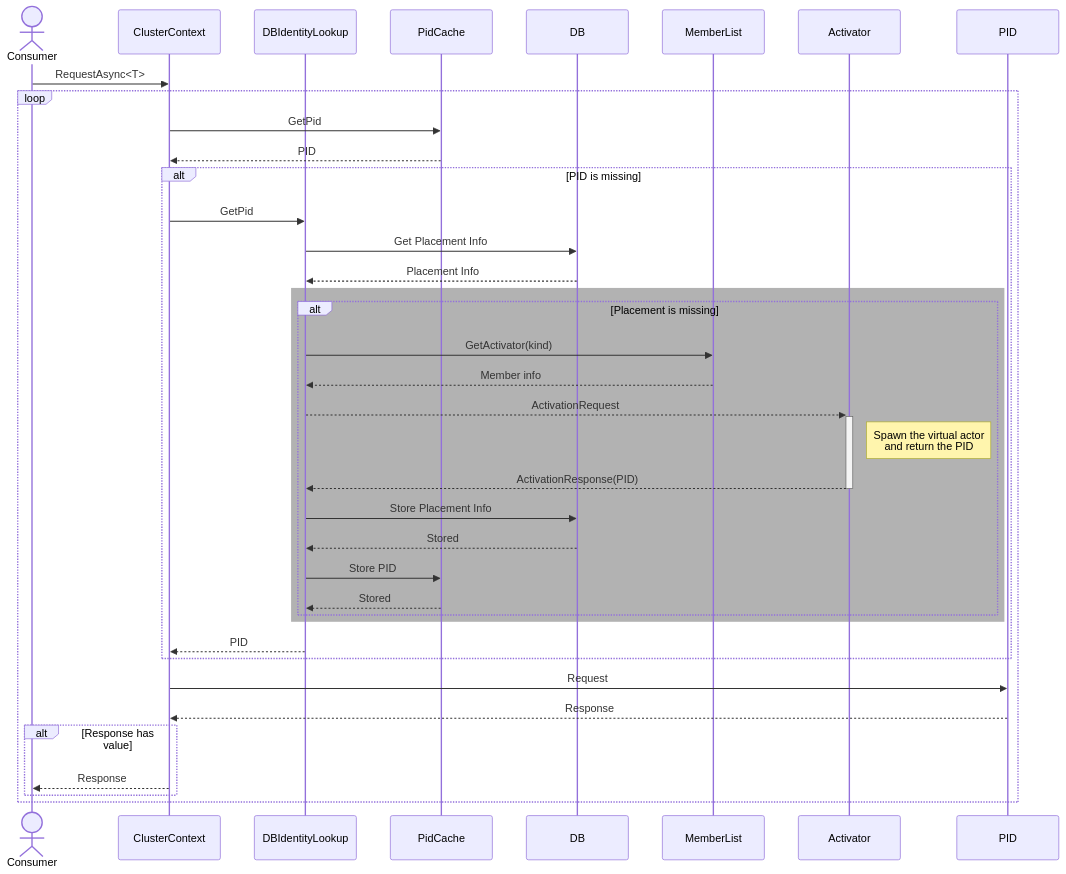
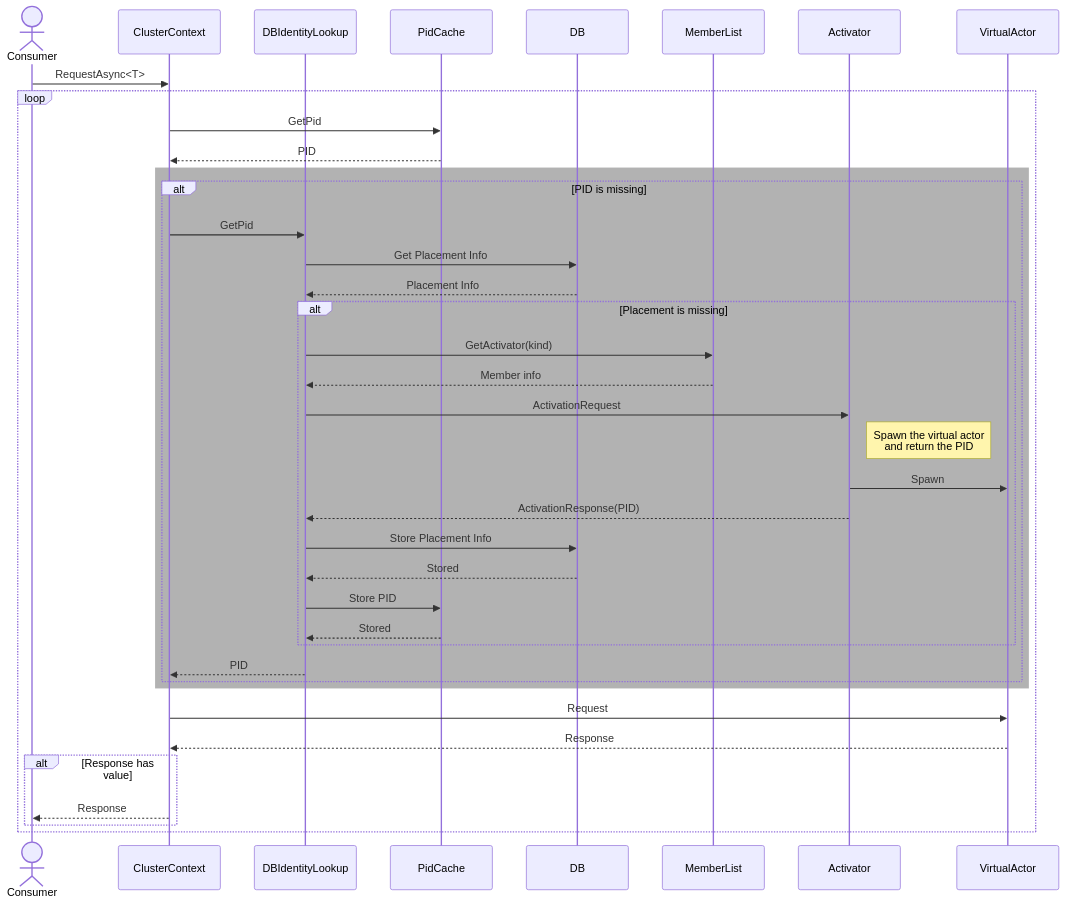
Before and after one commit to asynkron/protoactor-website: the diagram in hugo/content/docs/cluster/db-identity-lookup.md, drawn with Mermaid.

````diff
--- a/hugo/content/docs/cluster/db-identity-lookup.md
+++ b/hugo/content/docs/cluster/db-identity-lookup.md
@@ -14,41 +14,45 @@
 ```mermaid
 sequenceDiagram
 
     actor Consumer
     participant ClusterContext
     participant DBIdentityLookup
     participant PidCache
     participant DB
     participant MemberList
     participant Activator
+    participant VirtualActor
 
     Consumer->>ClusterContext: RequestAsync<T>
     loop
         ClusterContext->>PidCache: GetPid
         PidCache-->>ClusterContext: PID
-        alt PID is missing
-            ClusterContext->>DBIdentityLookup: GetPid
-            DBIdentityLookup->>DB: Get Placement Info
-            DB-->>DBIdentityLookup: Placement Info
-            rect rgba(0, 0, 0, 0.3)
-                alt Placement is missing
-                    DBIdentityLookup->>MemberList: GetActivator(kind)
-                    MemberList-->>DBIdentityLookup: Member info
-                    DBIdentityLookup-->>+Activator: ActivationRequest
-                    note right of Activator: Spawn the virtual actor<br>and return the PID
-                    Activator-->>-DBIdentityLookup: ActivationResponse(PID)
-                    DBIdentityLookup->>DB: Store Placement Info
-                    DB-->>DBIdentityLookup:Stored
-                    DBIdentityLookup->>PidCache: Store PID
-                    PidCache-->>DBIdentityLookup: Stored
-                end
+        rect rgba(0, 0, 0, 0.3)
+            alt PID is missing
+                ClusterContext->>DBIdentityLookup: GetPid
+                DBIdentityLookup->>DB: Get Placement Info
+                DB-->>DBIdentityLookup: Placement Info
+
+                    alt Placement is missing
+                        DBIdentityLookup->>MemberList: GetActivator(kind)
+                        MemberList-->>DBIdentityLookup: Member info
+                        DBIdentityLookup->>Activator: ActivationRequest
+                        note right of Activator: Spawn the virtual actor<br>and return the PID
+                        Activator->>VirtualActor: Spawn
+                        Activator-->>DBIdentityLookup: ActivationResponse(PID)
+                        DBIdentityLookup->>DB: Store Placement Info
+                        DB-->>DBIdentityLookup:Stored
+                        DBIdentityLookup->>PidCache: Store PID
+                        PidCache-->>DBIdentityLookup: Stored
+                    end
+
+                DBIdentityLookup-->>ClusterContext: PID
             end
-            DBIdentityLookup-->>ClusterContext: PID
         end
-        ClusterContext->>PID: Request
-        PID-->>ClusterContext: Response
+        ClusterContext->>VirtualActor: Request
+        VirtualActor-->>ClusterContext: Response
         alt Response has value
             ClusterContext-->>Consumer: Response
         end
     end
 ```
````
